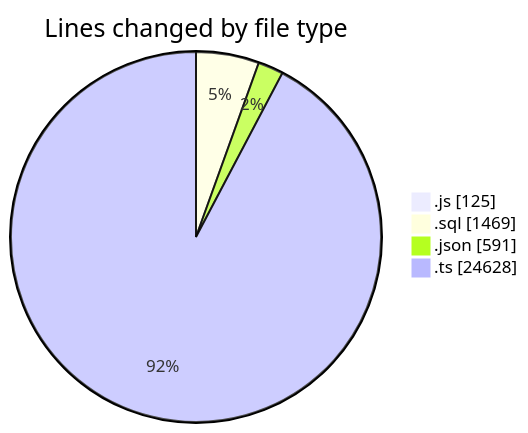
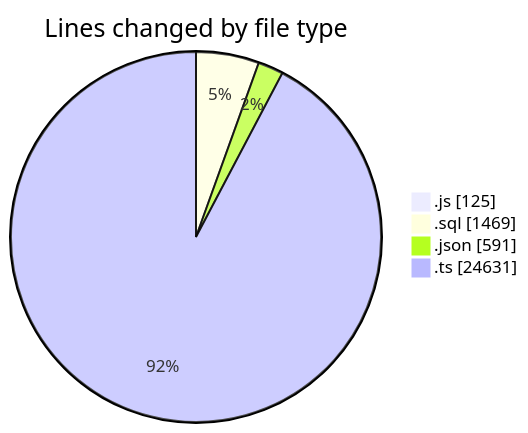
Before and after one commit to momahboobian/code-tracking: the first of 2 diagrams in 2026-05-20/cda/README.md, drawn with Mermaid. The commit also changed other lines of this file and 1 other file, not shown here.

````diff
--- a/2026-05-20/cda/README.md
+++ b/2026-05-20/cda/README.md
@@ -37,8 +37,8 @@
 ```mermaid
 pie showData
 title Lines changed by file type
 ".js" : 125
 ".sql" : 1469
 ".json" : 591
-".ts" : 24628
+".ts" : 24631
 ```
````
